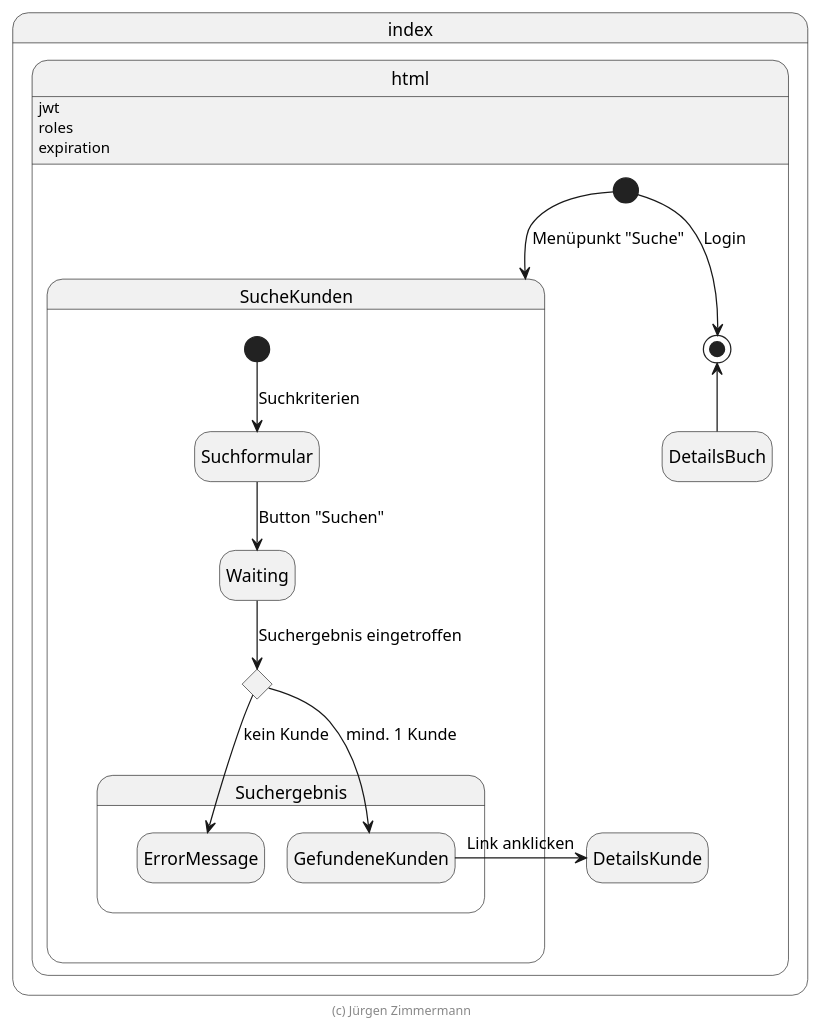
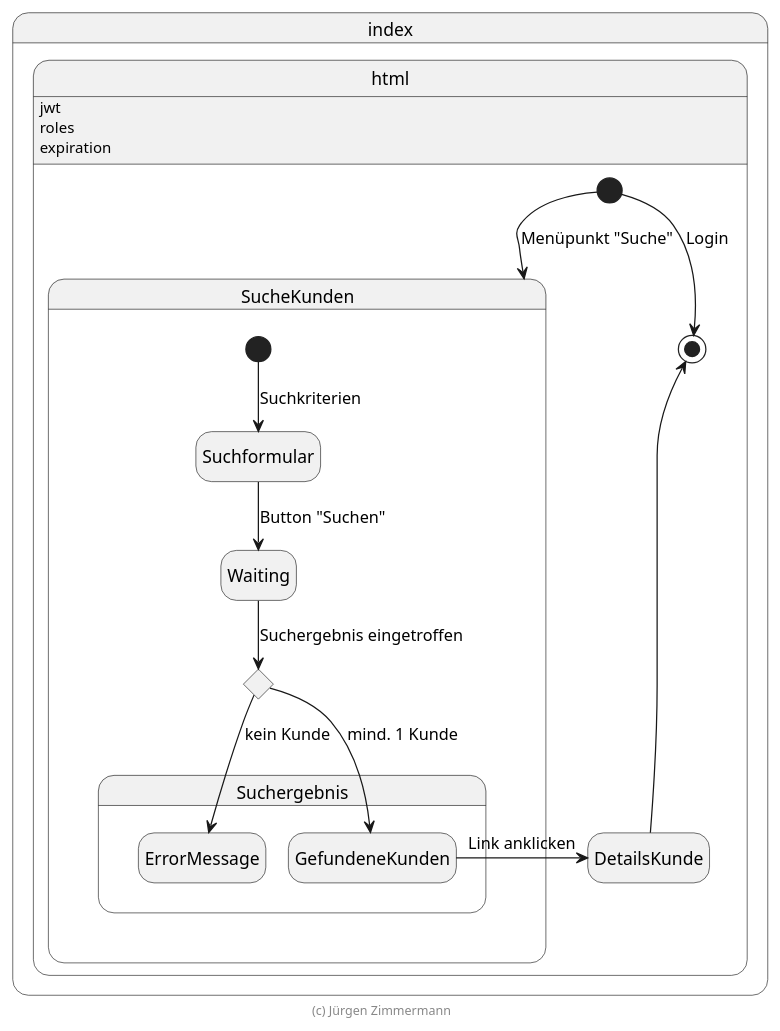
Before and after one commit to Vertiquo/SWE-Gruppe8-Abg2: the diagram in extras/doc/page-flow-gast.zustandsdiagramm.plantuml, drawn with PlantUML. The commit also changed 4 other files, not shown here.

```diff
--- a/extras/doc/page-flow-gast.zustandsdiagramm.plantuml
+++ b/extras/doc/page-flow-gast.zustandsdiagramm.plantuml
@@ -20,36 +20,36 @@
 @startuml Zustandsdiagramm
 
 hide empty description
 
 state index.html {
     index.html: jwt
     index.html: roles
     index.html: expiration
 
     [*] --> [*]: Login
 
     state SucheKunden {
         [*] --> Suchformular: Suchkriterien
         Suchformular --> Waiting: Button "Suchen"
         state SuchergebnisChoice <<choice>>
         Waiting --> SuchergebnisChoice: Suchergebnis eingetroffen
 
         state Suchergebnis {
             SuchergebnisChoice --> GefundeneKunden: mind. 1 Kunde
             SuchergebnisChoice --> ErrorMessage: kein Kunde
 
             ErrorMessage -right[hidden]-> GefundeneKunden
         }
     }
 
     [*] -down-> SucheKunden: Menüpunkt "Suche"
     GefundeneKunden -right-> DetailsKunde: Link anklicken
-    DetailsBuch -up-> [*]
+    DetailsKunde -up-> [*]
 
     Suchergebnis -right[hidden]-> DetailsKunde
     SucheKunden -right[hidden]-> DetailsKunde
 }
 
 footer (c) Jürgen Zimmermann
 
 @enduml
```
